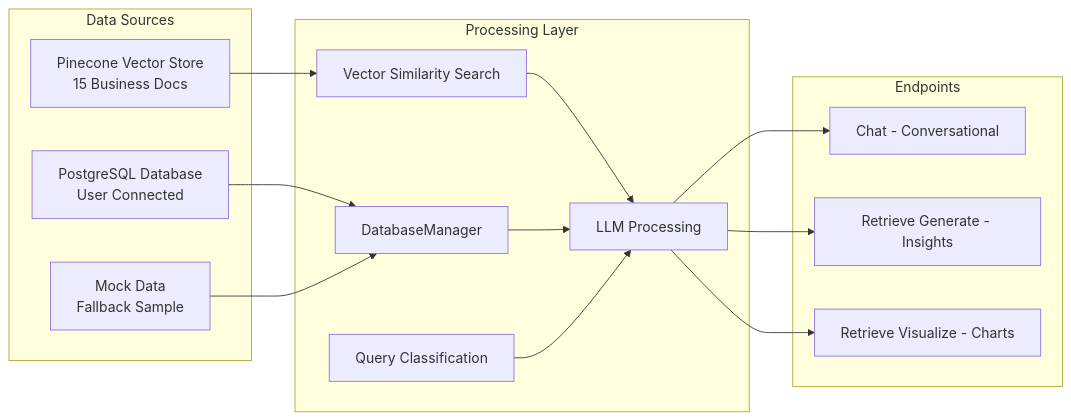
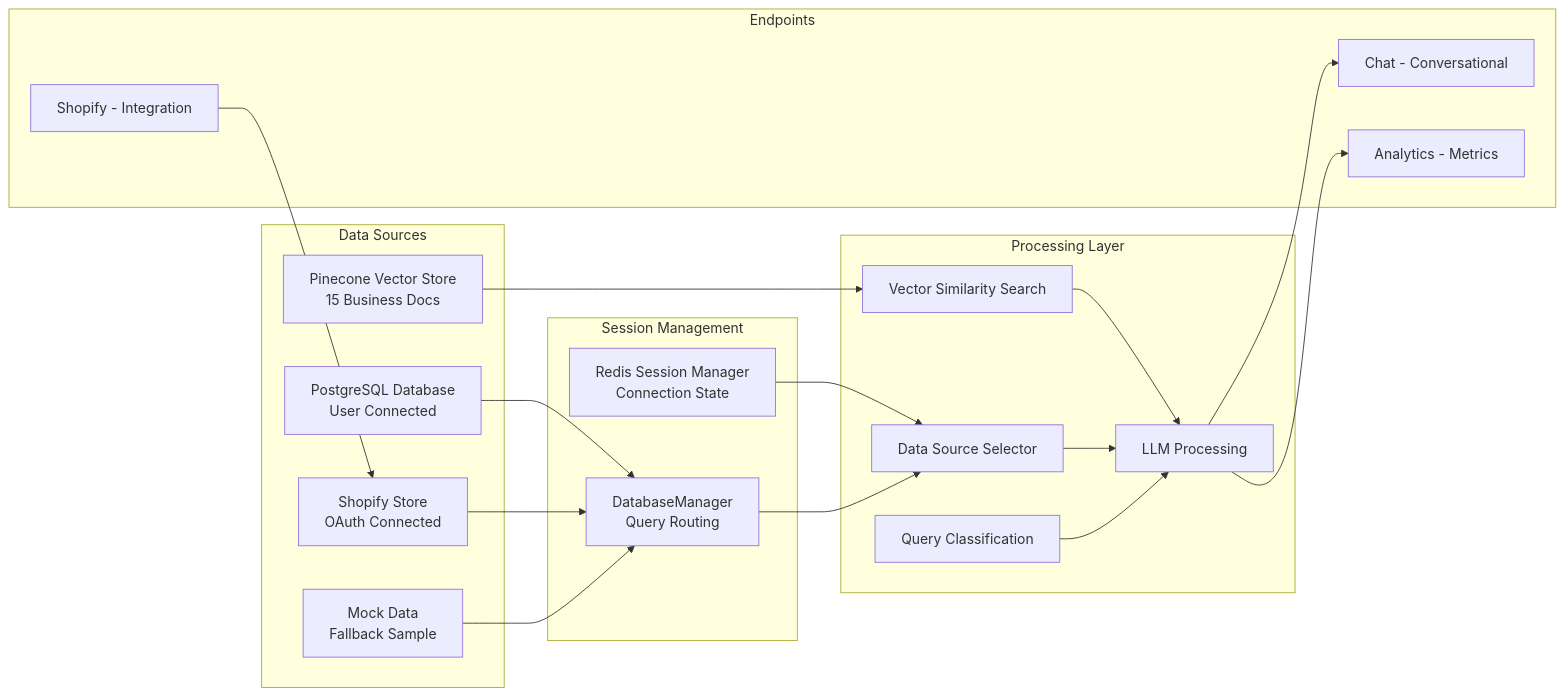
One commit to Dprof-in-tech/peppasync-langchain changed the second of 4 diagrams in README.md. Above: the diagram before and after it, drawn with Mermaid. The commit also changed other lines of this file, not shown here.

First line of the commit message:
Enhance README with Shopify integration and flow updates

````diff
--- a/README.md
+++ b/README.md
@@ -52,33 +60,42 @@
 ```mermaid
 graph LR
     subgraph "Data Sources"
         A[Pinecone Vector Store<br/>15 Business Docs]
         B[PostgreSQL Database<br/>User Connected]
-        C[Mock Data<br/>Fallback Sample]
+        C[Shopify Store<br/>OAuth Connected]
+        D[Mock Data<br/>Fallback Sample]
+    end
+
+    subgraph "Session Management"
+        E[Redis Session Manager<br/>Connection State]
+        F[DatabaseManager<br/>Query Routing]
     end
 
     subgraph "Processing Layer"
-        D[Query Classification]
-        E[DatabaseManager]
-        F[Vector Similarity Search]
-        G[LLM Processing]
+        G[Query Classification]
+        H[Vector Similarity Search]
+        I[Data Source Selector]
+        J[LLM Processing]
     end
 
     subgraph "Endpoints"
-        H[Chat - Conversational]
-        I[Retrieve Generate - Insights]
-        J[Retrieve Visualize - Charts]
+        K[Chat - Conversational]
+        L[Analytics - Metrics]
+        M[Shopify - Integration]
     end
 
-    A --> F
-    B --> E
-    C --> E
+    A --> H
+    B --> F
+    C --> F
+    D --> F
 
-    F --> G
-    E --> G
-    D --> G
+    E --> I
+    F --> I
+    H --> J
+    I --> J
+    G --> J
 
-    G --> H
-    G --> I
-    G --> J
+    J --> K
+    J --> L
+    M --> C
 ```
````
